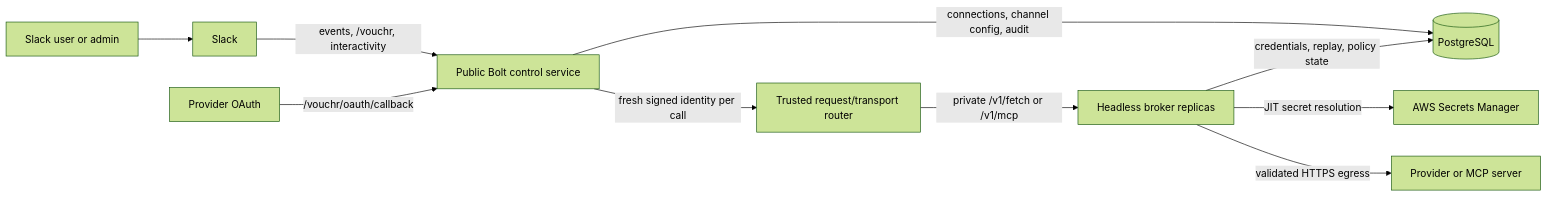
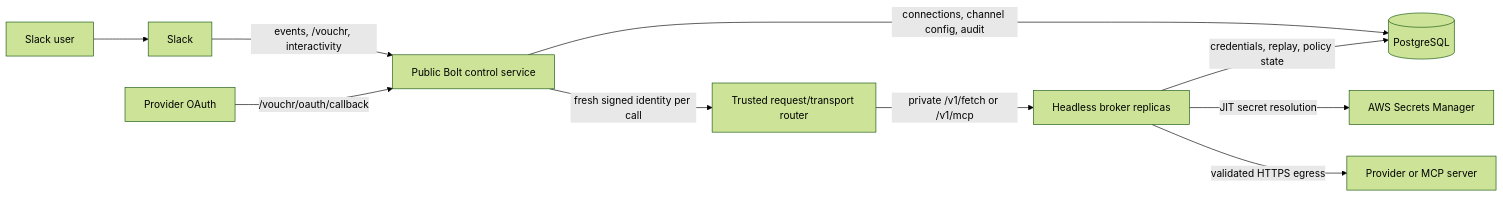
One commit to Dharin-shah/vouchr changed the diagram in guides/HYBRID.md. Above: the diagram before and after it, drawn with Mermaid (forest theme). The commit also changed other lines of this file and 73 other files, not shown here.

````diff
--- a/guides/HYBRID.md
+++ b/guides/HYBRID.md
@@ -26,12 +26,12 @@
 ```mermaid
 flowchart LR
-    U["Slack user or admin"] --> S["Slack"]
+    U["Slack user"] --> S["Slack"]
     S -->|"events, /vouchr, interactivity"| C["Public Bolt control service"]
     O["Provider OAuth"] -->|"/vouchr/oauth/callback"| C
     C -->|"connections, channel config, audit"| P[("PostgreSQL")]
     C -->|"fresh signed identity per call"| W["Trusted request/transport router"]
     W -->|"private /v1/fetch or /v1/mcp"| B["Headless broker replicas"]
     B -->|"credentials, replay, policy state"| P
     B -->|"JIT secret resolution"| M["AWS Secrets Manager"]
     B -->|"validated HTTPS egress"| R["Provider or MCP server"]
 ```
````
